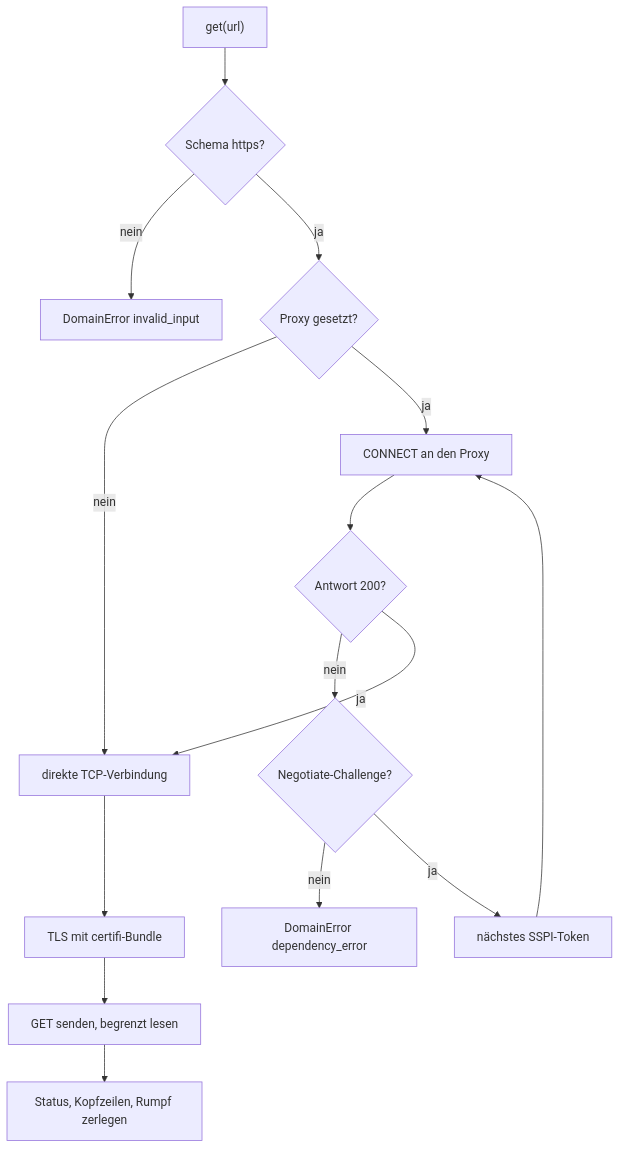
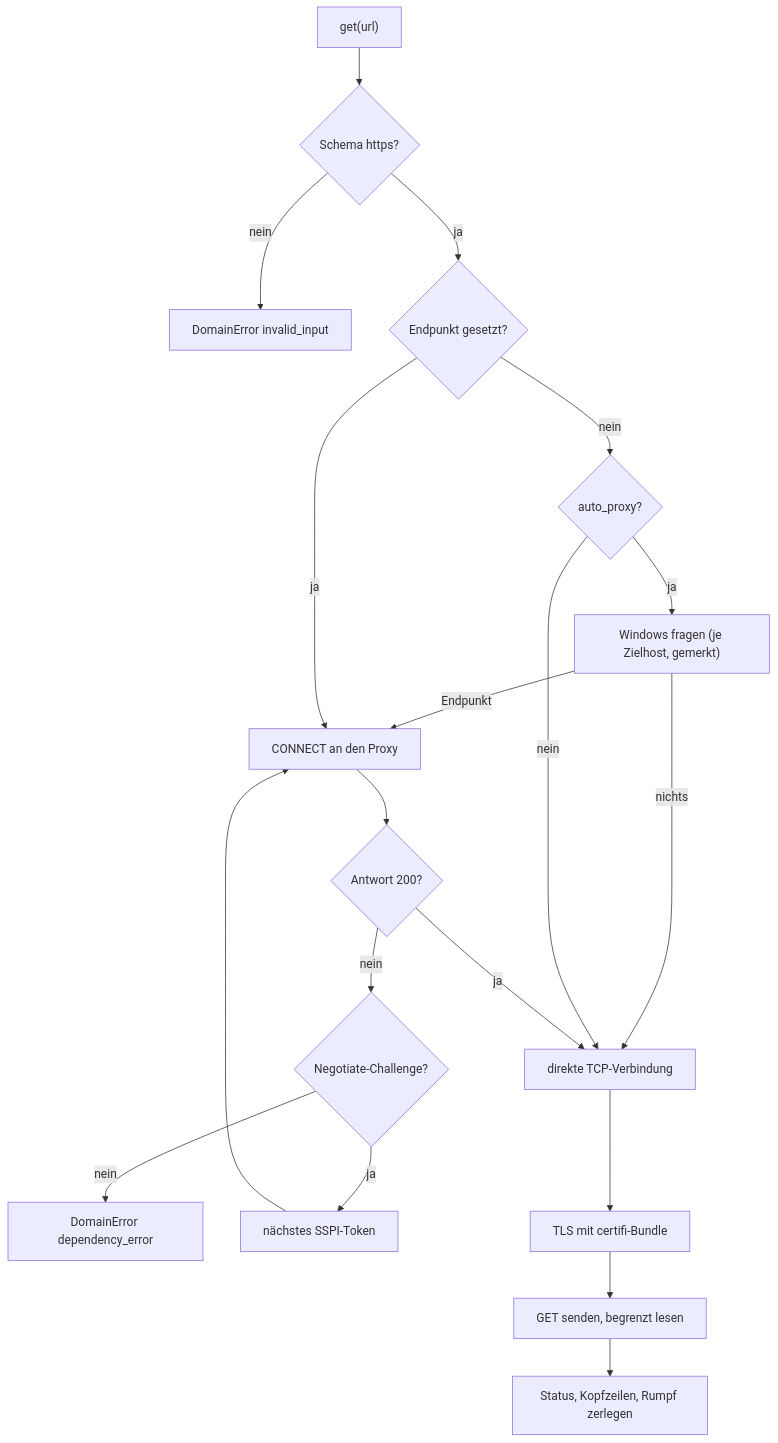
The diagram in src/research_graphrag/online/doc/transport.md (MomoEngineer/research-graphrag), drawn with Mermaid before and after one commit. The commit also changed other lines of this file and 14 other files, not shown here.

First line of the commit message:
feat: Implement system proxy autodetection for Windows using PAC files

````diff
--- a/src/research_graphrag/online/doc/transport.md
+++ b/src/research_graphrag/online/doc/transport.md
@@ -35,16 +35,20 @@
 ```mermaid
 flowchart TD
     A["get(url)"] --> B{"Schema https?"}
     B -- nein --> X["DomainError invalid_input"]
-    B -- ja --> C{"Proxy gesetzt?"}
-    C -- nein --> D["direkte TCP-Verbindung"]
+    B -- ja --> C{"Endpunkt gesetzt?"}
+    C -- nein --> P{"auto_proxy?"}
+    P -- ja --> Q["Windows fragen (je Zielhost, gemerkt)"]
+    Q -- Endpunkt --> E
+    Q -- nichts --> D["direkte TCP-Verbindung"]
+    P -- nein --> D
     C -- ja --> E["CONNECT an den Proxy"]
     E --> F{"Antwort 200?"}
     F -- nein --> G{"Negotiate-Challenge?"}
     G -- nein --> Y["DomainError dependency_error"]
     G -- ja --> H["nächstes SSPI-Token"] --> E
     F -- ja --> D
     D --> I["TLS mit certifi-Bundle"]
     I --> J["GET senden, begrenzt lesen"]
     J --> K["Status, Kopfzeilen, Rumpf zerlegen"]
 ```
````
